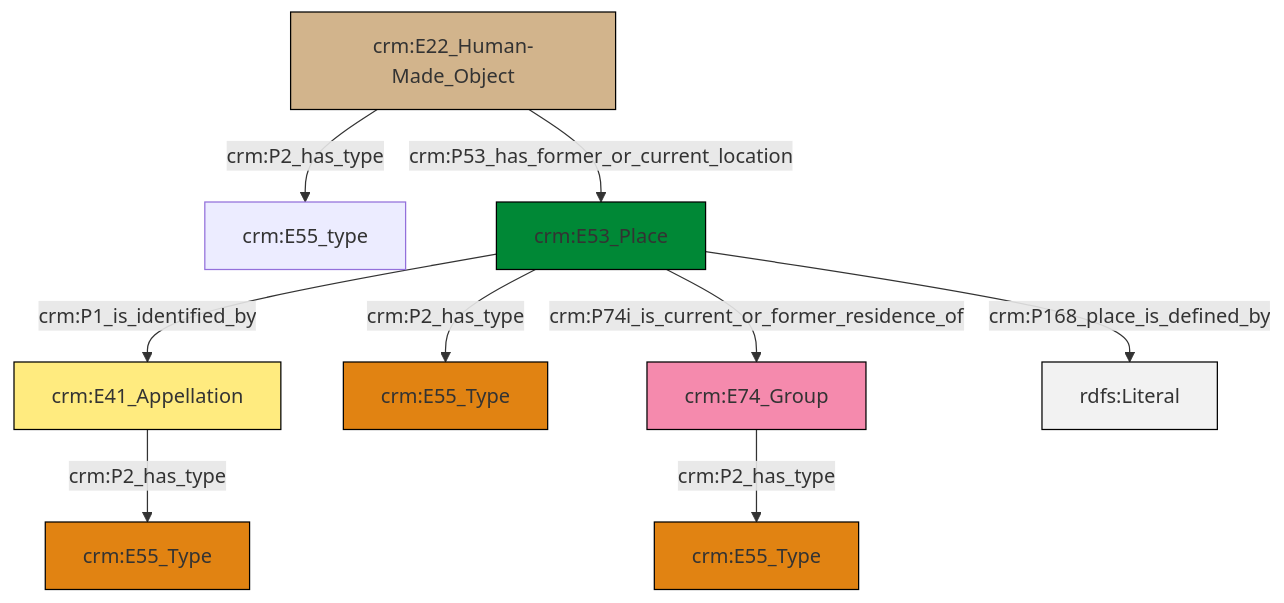
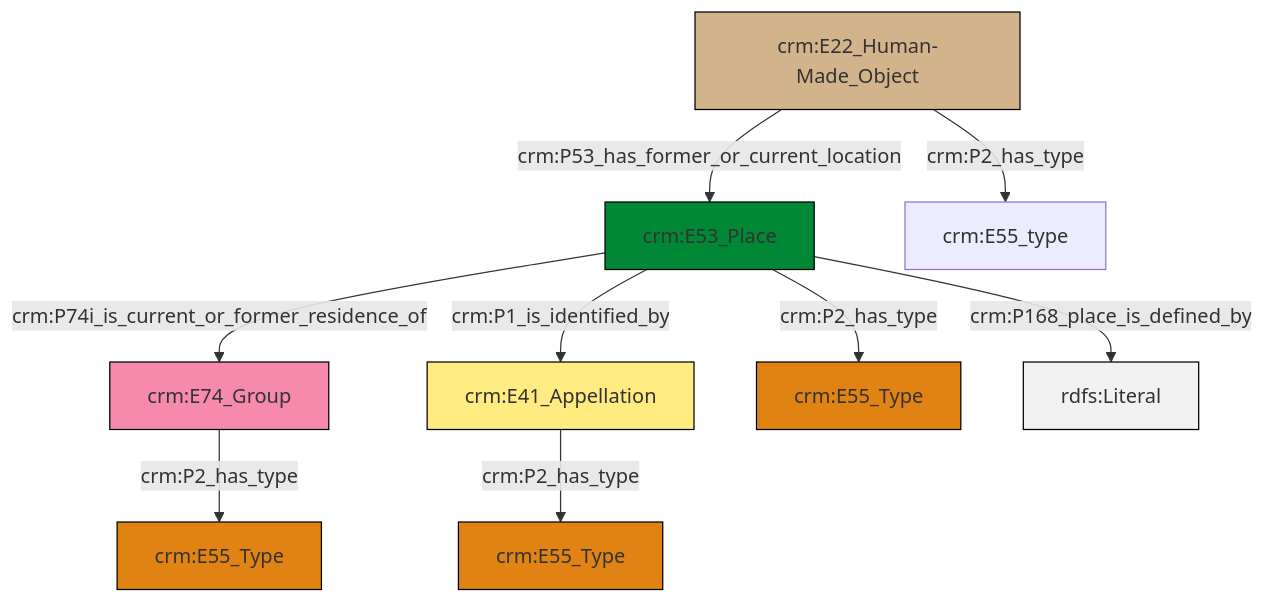
Before and after one commit to swiss-art-research-net/reference-data-models: the diagram in et/artworkCSV/ttl/mmd/Artwork_Location.ttl.mmd, drawn with Mermaid. The commit also changed 119 other files, not shown here.

```diff
--- a/et/artworkCSV/ttl/mmd/Artwork_Location.ttl.mmd
+++ b/et/artworkCSV/ttl/mmd/Artwork_Location.ttl.mmd
@@ -1,23 +1,23 @@
 graph TD
 classDef Literal fill:#f2f2f2,stroke:#000000;
 classDef CRM_Entity fill:#FFFFFF,stroke:#000000;
 classDef Temporal_Entity fill:#00C9E6, stroke:#000000;
 classDef Type fill:#E18312, stroke:#000000;
 classDef Time-Span fill:#2C9C91, stroke:#000000;
 classDef Appellation fill:#FFEB7F, stroke:#000000;
 classDef Place fill:#008836, stroke:#000000;
 classDef Persistent_Item fill:#B266B2, stroke:#000000;
 classDef Conceptual_Object fill:#FFD700, stroke:#000000;
 classDef Physical_Thing fill:#D2B48C, stroke:#000000;
 classDef Actor fill:#f58aad, stroke:#000000;
 classDef PC_Classes fill:#4ce600, stroke:#000000;
 classDef Multi fill:#cccccc,stroke:#000000;
 
-0["crm:E74_Group"]:::Actor -->|crm:P2_has_type| 1["crm:E55_Type"]:::Type
-8["crm:E22_Human-Made_Object"]:::Physical_Thing -->|crm:P2_has_type| 9["crm:E55_type"]:::Default
-11["crm:E53_Place"]:::Place -->|crm:P1_is_identified_by| 6["crm:E41_Appellation"]:::Appellation
-6["crm:E41_Appellation"]:::Appellation -->|crm:P2_has_type| 4["crm:E55_Type"]:::Type
-11["crm:E53_Place"]:::Place -->|crm:P168_place_is_defined_by| 12[rdfs:Literal]:::Literal
-8["crm:E22_Human-Made_Object"]:::Physical_Thing -->|crm:P53_has_former_or_current_location| 11["crm:E53_Place"]:::Place
-11["crm:E53_Place"]:::Place -->|crm:P74i_is_current_or_former_residence_of| 0["crm:E74_Group"]:::Actor
-11["crm:E53_Place"]:::Place -->|crm:P2_has_type| 2["crm:E55_Type"]:::Type
+0["crm:E53_Place"]:::Place -->|crm:P74i_is_current_or_former_residence_of| 1["crm:E74_Group"]:::Actor
+6["crm:E22_Human-Made_Object"]:::Physical_Thing -->|crm:P2_has_type| 10["crm:E55_type"]:::Default
+0["crm:E53_Place"]:::Place -->|crm:P168_place_is_defined_by| 16[rdfs:Literal]:::Literal
+1["crm:E74_Group"]:::Actor -->|crm:P2_has_type| 12["crm:E55_Type"]:::Type
+2["crm:E41_Appellation"]:::Appellation -->|crm:P2_has_type| 4["crm:E55_Type"]:::Type
+0["crm:E53_Place"]:::Place -->|crm:P2_has_type| 8["crm:E55_Type"]:::Type
+6["crm:E22_Human-Made_Object"]:::Physical_Thing -->|crm:P53_has_former_or_current_location| 0["crm:E53_Place"]:::Place
+0["crm:E53_Place"]:::Place -->|crm:P1_is_identified_by| 2["crm:E41_Appellation"]:::Appellation
```
